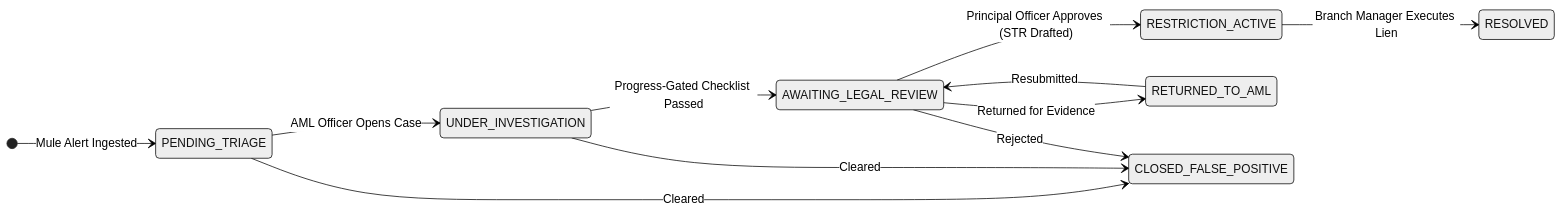
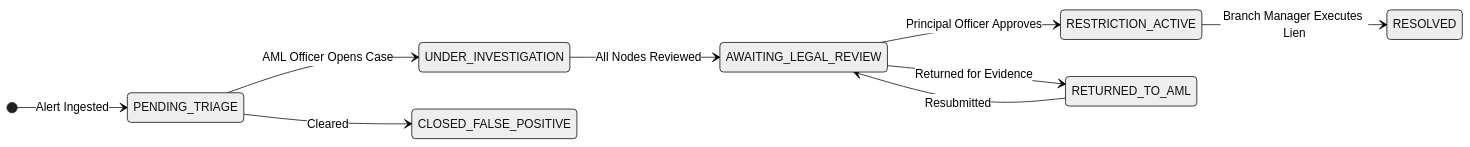
The third of 3 diagrams in README.md (bhargava562/muskets-containment-radar), drawn with Mermaid (neutral theme) before and after one commit. The commit also changed other lines of this file and 1 other file, not shown here.

````diff
--- a/README.md
+++ b/README.md
@@ -371,15 +115,12 @@
 ```mermaid
 stateDiagram-v2
     direction LR
-    [*] --> PENDING_TRIAGE : Mule Alert Ingested
+    [*] --> PENDING_TRIAGE : Alert Ingested
     PENDING_TRIAGE --> UNDER_INVESTIGATION : AML Officer Opens Case
-    UNDER_INVESTIGATION --> AWAITING_LEGAL_REVIEW : Progress-Gated Checklist Passed
-    AWAITING_LEGAL_REVIEW --> RESTRICTION_ACTIVE : Principal Officer Approves (STR Drafted)
+    UNDER_INVESTIGATION --> AWAITING_LEGAL_REVIEW : All Nodes Reviewed
+    AWAITING_LEGAL_REVIEW --> RESTRICTION_ACTIVE : Principal Officer Approves
     AWAITING_LEGAL_REVIEW --> RETURNED_TO_AML : Returned for Evidence
     RETURNED_TO_AML --> AWAITING_LEGAL_REVIEW : Resubmitted
     RESTRICTION_ACTIVE --> RESOLVED : Branch Manager Executes Lien
-    
     PENDING_TRIAGE --> CLOSED_FALSE_POSITIVE : Cleared
-    UNDER_INVESTIGATION --> CLOSED_FALSE_POSITIVE : Cleared
-    AWAITING_LEGAL_REVIEW --> CLOSED_FALSE_POSITIVE : Rejected
 ```
````
